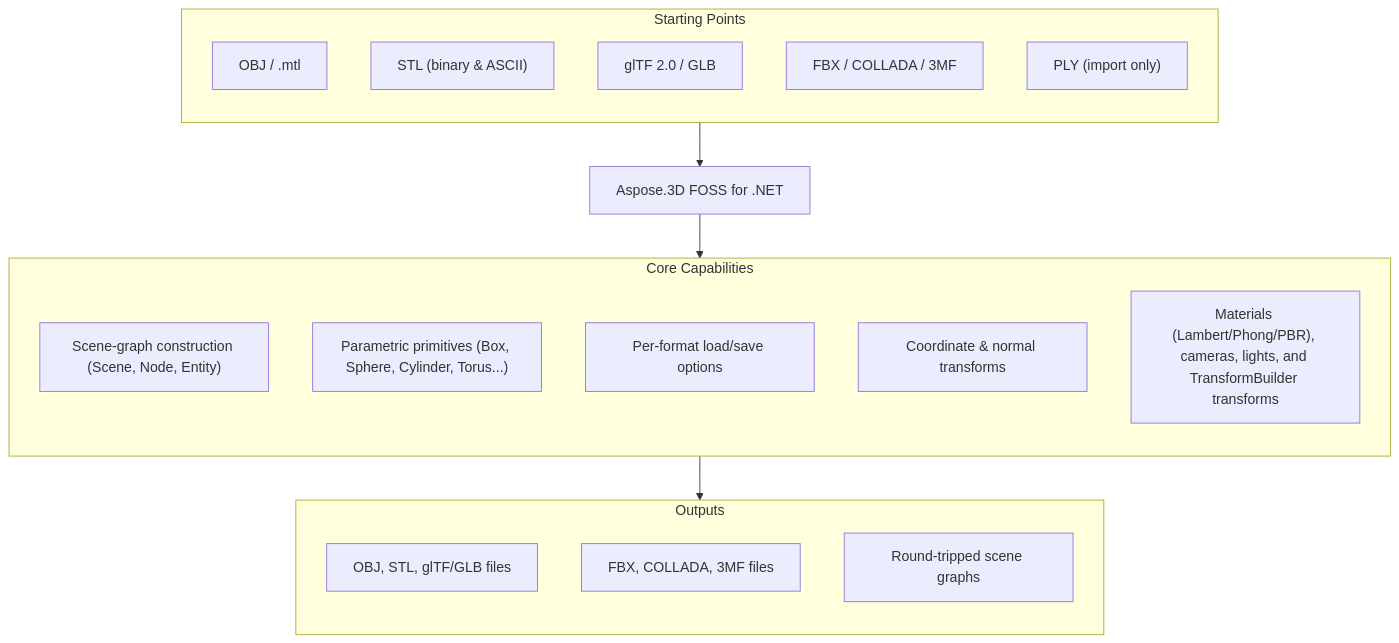
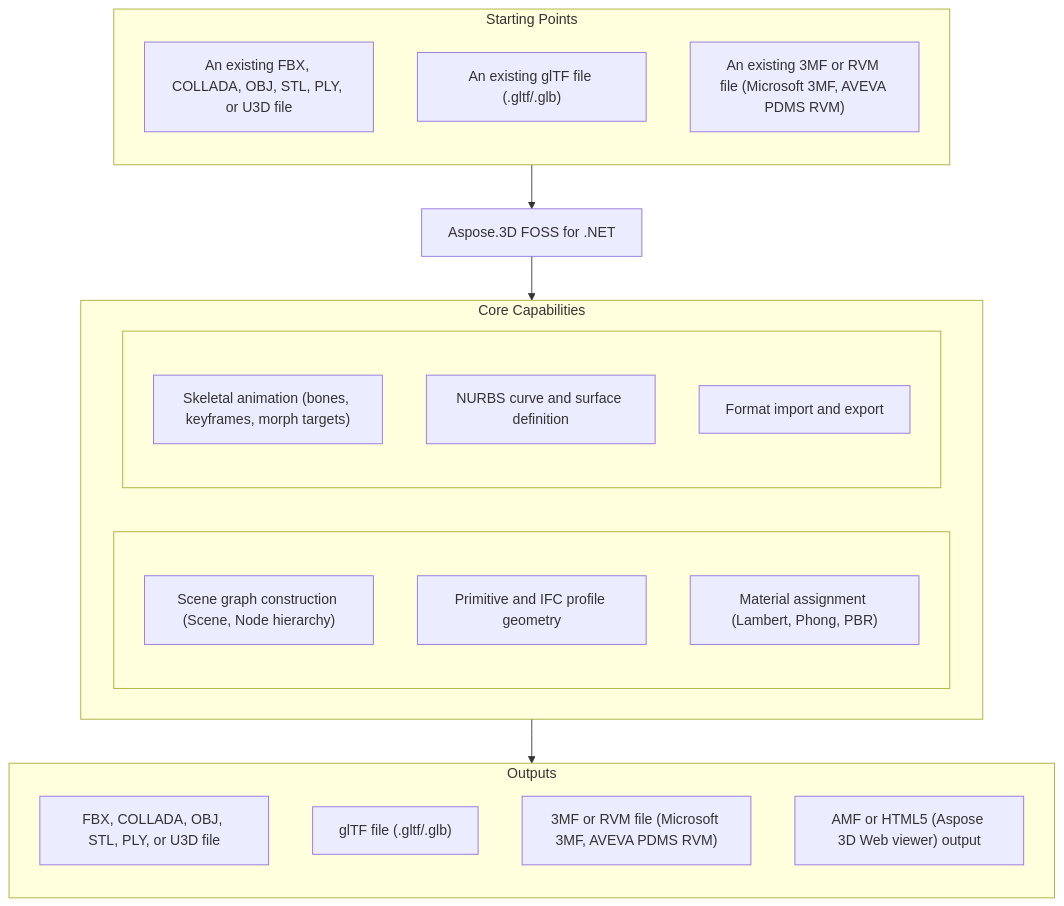
The diagram in README.md (aspose-3d-foss/Aspose.3D-FOSS-for-.NET), drawn with Mermaid before and after one commit. The commit also changed other lines of this file, not shown here.

````diff
--- a/README.md
+++ b/README.md
@@ -26,27 +29,33 @@
 ```mermaid
 flowchart TD
   subgraph StartingPoints["Starting Points"]
     direction TB
-    I1["OBJ / .mtl"]
-    I2["STL (binary & ASCII)"]
-    I3["glTF 2.0 / GLB"]
-    I4["FBX / COLLADA / 3MF"]
-    I5["PLY (import only)"]
+    i1["An existing FBX, COLLADA, OBJ, STL, PLY, or U3D file"]
+    i2["An existing glTF file (.gltf/.glb)"]
+    i3["An existing 3MF or RVM file (Microsoft 3MF, AVEVA PDMS RVM)"]
   end
   PRODUCT["Aspose.3D FOSS for .NET"]
   subgraph Capabilities["Core Capabilities"]
-    direction TB
-    C1["Scene-graph construction (Scene, Node, Entity)"]
-    C2["Parametric primitives (Box, Sphere, Cylinder, Torus...)"]
-    C3["Per-format load/save options"]
-    C4["Coordinate & normal transforms"]
-    C5["Materials (Lambert/Phong/PBR), cameras, lights, and TransformBuilder transforms"]
+    direction LR
+    subgraph capl[" "]
+      direction TB
+      c1["Scene graph construction (Scene, Node hierarchy)"]
+      c2["Primitive and IFC profile geometry"]
+      c3["Material assignment (Lambert, Phong, PBR)"]
+    end
+    subgraph capr[" "]
+      direction TB
+      c4["Skeletal animation (bones, keyframes, morph targets)"]
+      c5["NURBS curve and surface definition"]
+      c6["Format import and export"]
+    end
   end
   subgraph Outputs["Outputs"]
     direction TB
-    O1["OBJ, STL, glTF/GLB files"]
-    O2["FBX, COLLADA, 3MF files"]
-    O3["Round-tripped scene graphs"]
+    o1["FBX, COLLADA, OBJ, STL, PLY, or U3D file"]
+    o2["glTF file (.gltf/.glb)"]
+    o3["3MF or RVM file (Microsoft 3MF, AVEVA PDMS RVM)"]
+    o4["AMF or HTML5 (Aspose 3D Web viewer) output"]
   end
   StartingPoints --> PRODUCT --> Capabilities --> Outputs
 ```
````
